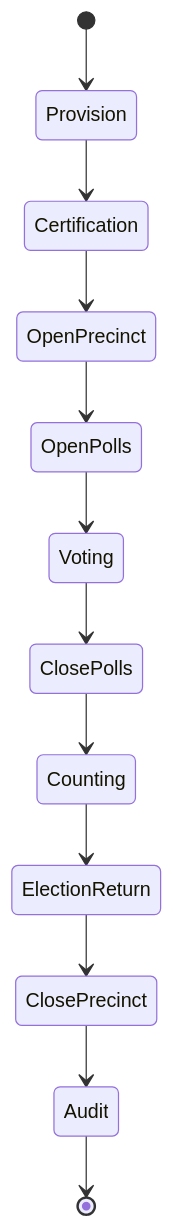
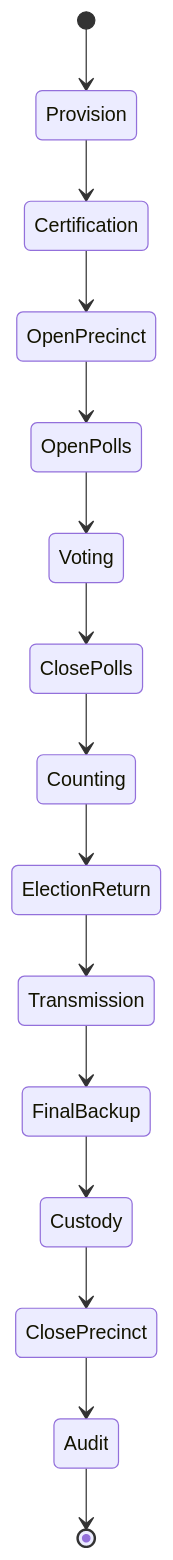
Before and after one commit to 3neti/aes: the sixth of 12 diagrams in docs/SYSTEM_ANALYSIS.md, drawn with Mermaid. The commit also changed other lines of this file and 16 other files, not shown here.

Commit message:
feat: implement transmission and custody slice infrastructure

````diff
--- a/docs/SYSTEM_ANALYSIS.md
+++ b/docs/SYSTEM_ANALYSIS.md
@@ -251,25 +293,31 @@
 ```mermaid
 stateDiagram-v2
 
 [*] --> Provision
 
 Provision --> Certification
 
 Certification --> OpenPrecinct
 
 OpenPrecinct --> OpenPolls
 
 OpenPolls --> Voting
 
 Voting --> ClosePolls
 
 ClosePolls --> Counting
 
 Counting --> ElectionReturn
 
-ElectionReturn --> ClosePrecinct
+ElectionReturn --> Transmission
+
+Transmission --> FinalBackup
+
+FinalBackup --> Custody
+
+Custody --> ClosePrecinct
 
 ClosePrecinct --> Audit
 
 Audit --> [*]
 ```
````
